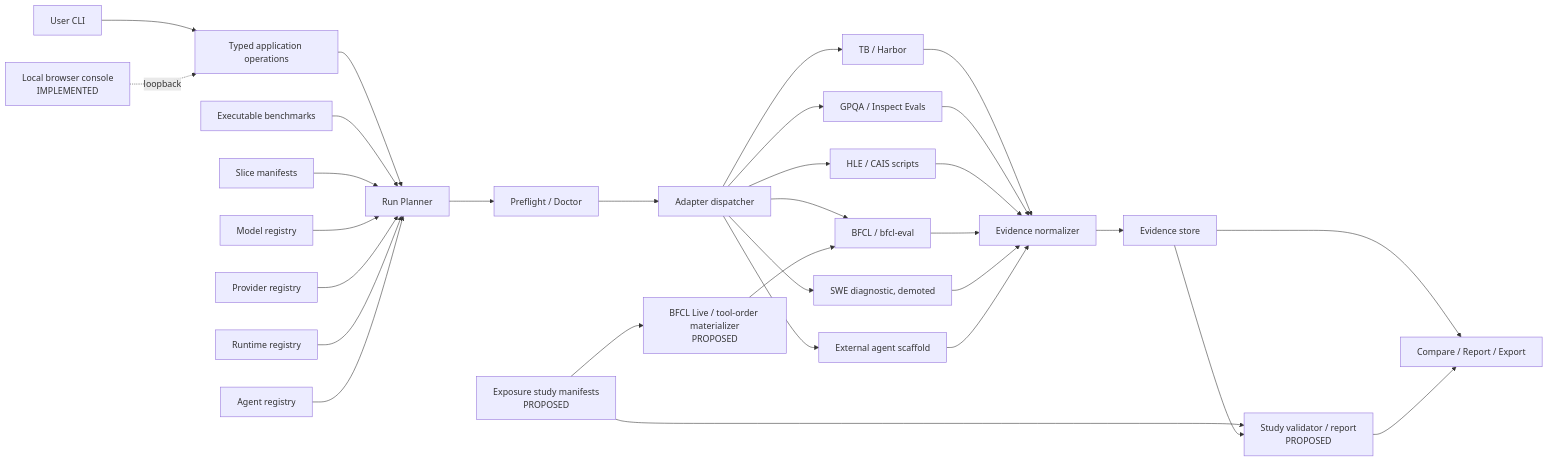
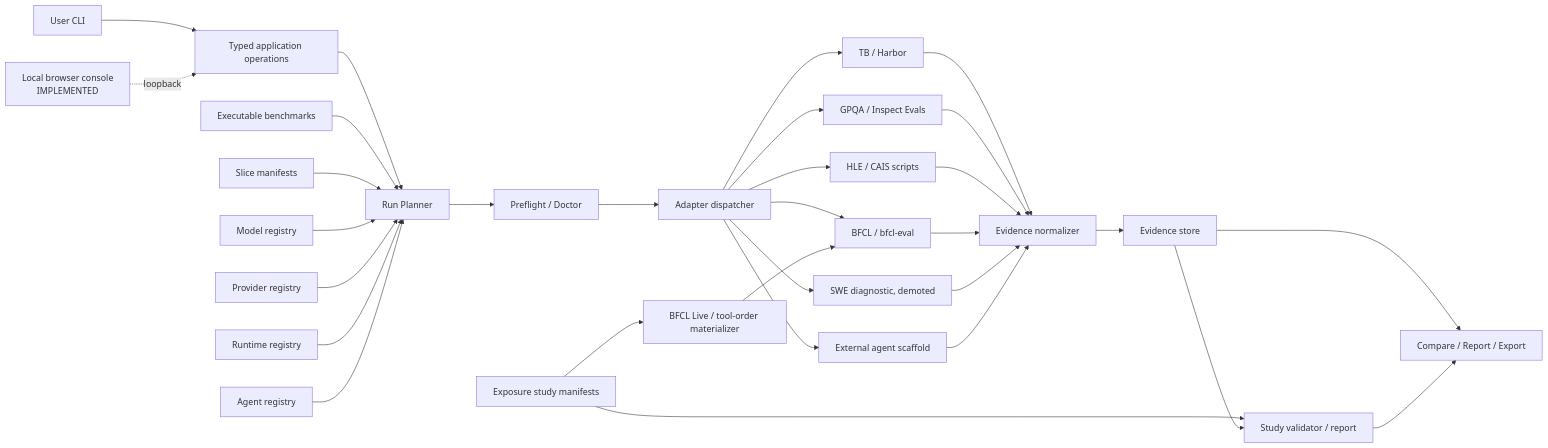
The diagram in docs/architecture.md (Lyther/BenchEval), drawn with Mermaid before and after one commit. The commit also changed other lines of this file and 199 other files, not shown here.

````diff
--- a/docs/architecture.md
+++ b/docs/architecture.md
@@ -72,36 +73,36 @@
 ```mermaid
 flowchart LR
     U[User CLI] --> APP[Typed application operations]
     UI[Local browser console<br/>IMPLEMENTED] -. loopback .-> APP
     APP --> BP[Run Planner]
     BR[Executable benchmarks] --> BP
     SM[Slice manifests] --> BP
     MR[Model registry] --> BP
     PR[Provider registry] --> BP
     RR[Runtime registry] --> BP
     AG[Agent registry] --> BP
 
     BP --> PF[Preflight / Doctor]
     PF --> AD[Adapter dispatcher]
 
     AD --> A1[TB / Harbor]
     AD --> A2[GPQA / Inspect Evals]
     AD --> A3[HLE / CAIS scripts]
     AD --> A4[BFCL / bfcl-eval]
     AD --> A5[SWE diagnostic, demoted]
     AD --> A6[External agent scaffold]
 
     A1 --> EN[Evidence normalizer]
     A2 --> EN
     A3 --> EN
     A4 --> EN
     A5 --> EN
     A6 --> EN
     EN --> ES[Evidence store]
     ES --> CP[Compare / Report / Export]
-    STM[Exposure study manifests<br/>PROPOSED] --> XS[Study validator / report<br/>PROPOSED]
+    STM[Exposure study manifests] --> XS[Study validator / report]
     ES --> XS
-    BFM[BFCL Live / tool-order materializer<br/>PROPOSED] --> A4
+    BFM[BFCL Live / tool-order materializer] --> A4
     STM --> BFM
     XS --> CP
 ```
````
